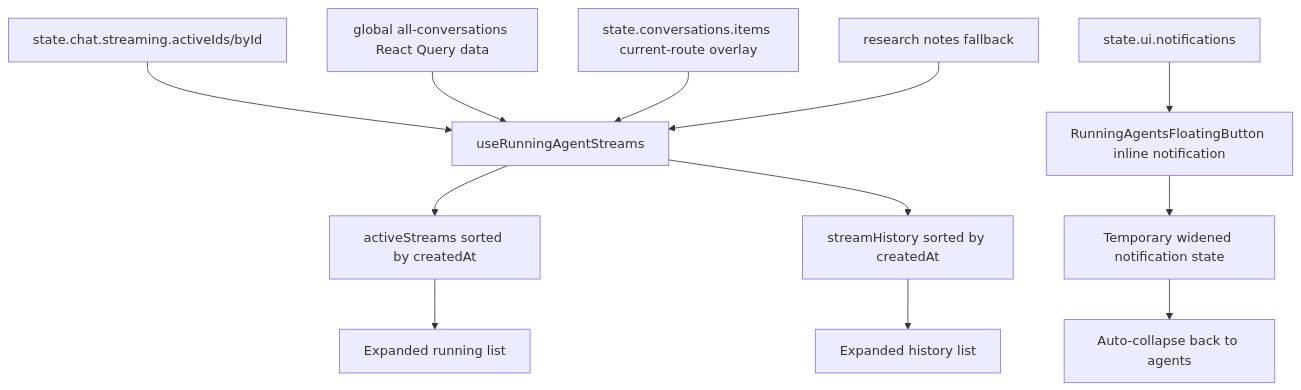
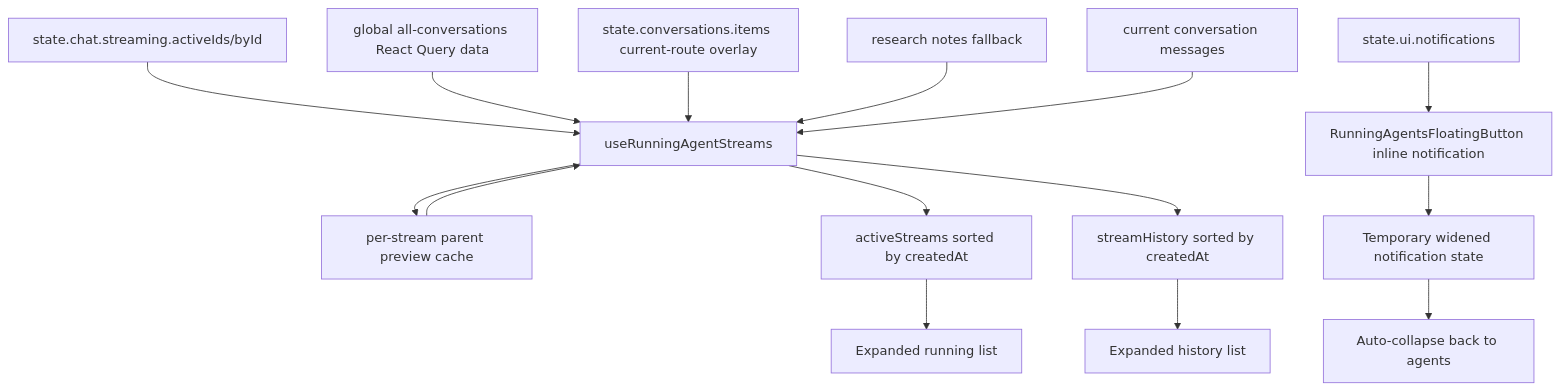
The diagram in ygg-chat/docs/agent_context/agent_floating_agent_button_design.md (zayr0-9/Graviton), drawn with Mermaid before and after one commit. The commit also changed 20 other files, not shown here.

````diff
--- a/ygg-chat/docs/agent_context/agent_floating_agent_button_design.md
+++ b/ygg-chat/docs/agent_context/agent_floating_agent_button_design.md
@@ -128,14 +128,17 @@
 ```mermaid
 flowchart TD
   A[state.chat.streaming.activeIds/byId] --> B[useRunningAgentStreams]
   C[global all-conversations React Query data] --> B
   D[state.conversations.items current-route overlay] --> B
   N[research notes fallback] --> B
+  M[current conversation messages] --> B
+  P[per-stream parent preview cache] --> B
+  B --> P
   B --> E[activeStreams sorted by createdAt]
   B --> F[streamHistory sorted by createdAt]
   G[state.ui.notifications] --> H[RunningAgentsFloatingButton inline notification]
   E --> I[Expanded running list]
   F --> J[Expanded history list]
   H --> K[Temporary widened notification state]
   K --> L[Auto-collapse back to agents]
 ```
````
